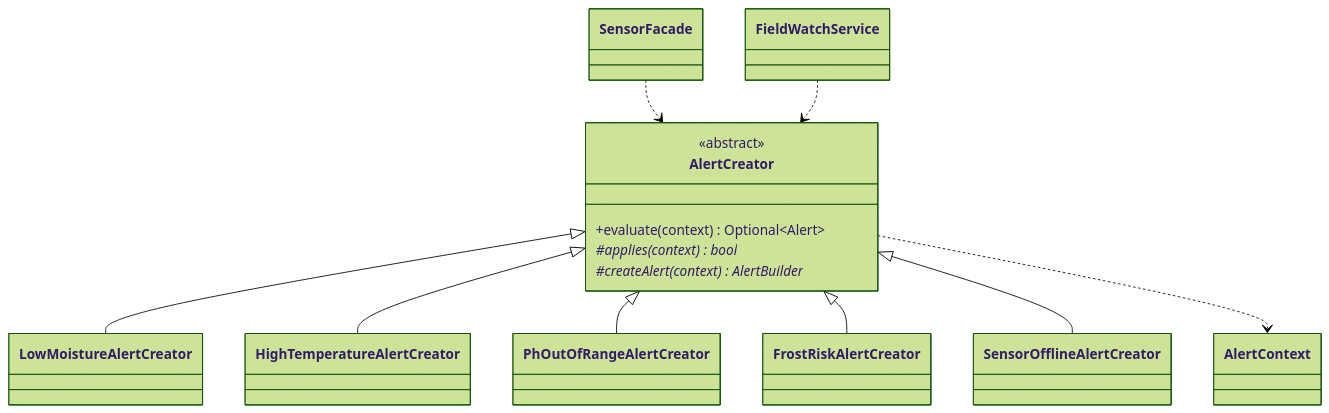
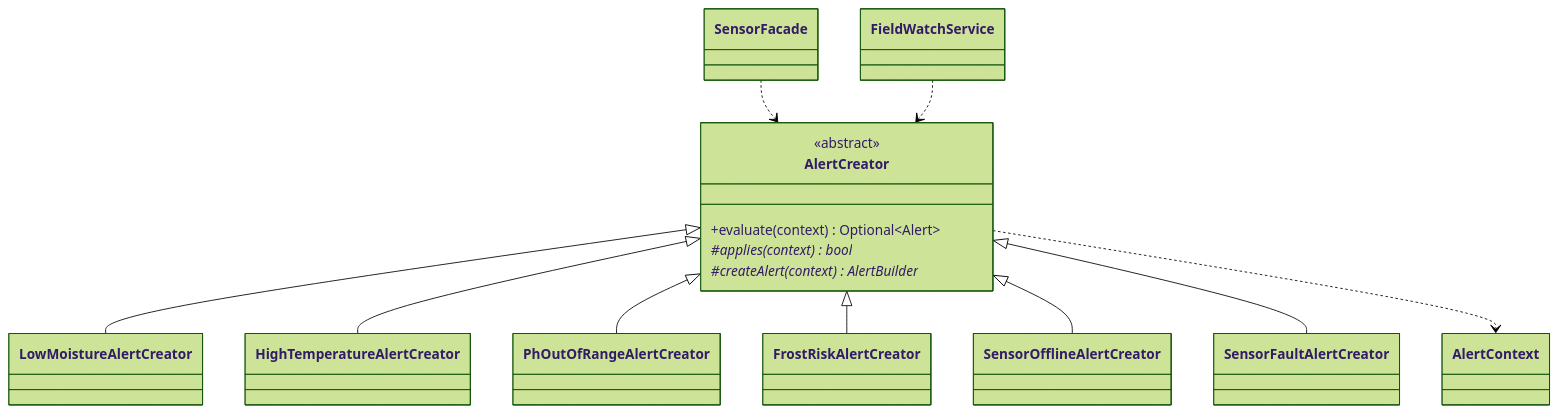
Before and after one commit to WilliamChavez-Grupo2b/BACKEND-AGROSENSE: the fifth of 11 diagrams in docs/PATRONES.md, drawn with Mermaid (forest theme). The commit also changed other lines of this file and 5 other files, not shown here.

First line of the commit message:
docs: add the main README, the demo plan and the final architecture, and bring the patterns up to date

````diff
--- a/docs/PATRONES.md
+++ b/docs/PATRONES.md
@@ -229,25 +237,27 @@
 ```mermaid
 classDiagram
     class AlertCreator {
         <<abstract>>
         +evaluate(context) Optional~Alert~
         #applies(context)* bool
         #createAlert(context)* AlertBuilder
     }
     class LowMoistureAlertCreator
     class HighTemperatureAlertCreator
     class PhOutOfRangeAlertCreator
     class FrostRiskAlertCreator
     class SensorOfflineAlertCreator
+    class SensorFaultAlertCreator
     class AlertContext
     class SensorFacade
     class FieldWatchService
     AlertCreator <|-- LowMoistureAlertCreator
     AlertCreator <|-- HighTemperatureAlertCreator
     AlertCreator <|-- PhOutOfRangeAlertCreator
     AlertCreator <|-- FrostRiskAlertCreator
     AlertCreator <|-- SensorOfflineAlertCreator
+    AlertCreator <|-- SensorFaultAlertCreator
     AlertCreator ..> AlertContext
     SensorFacade ..> AlertCreator
     FieldWatchService ..> AlertCreator
 ```
````
